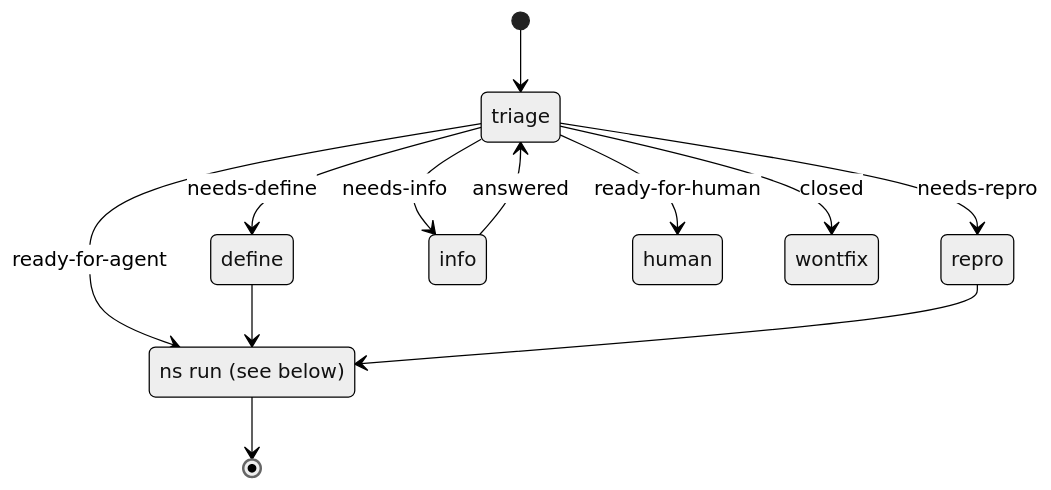
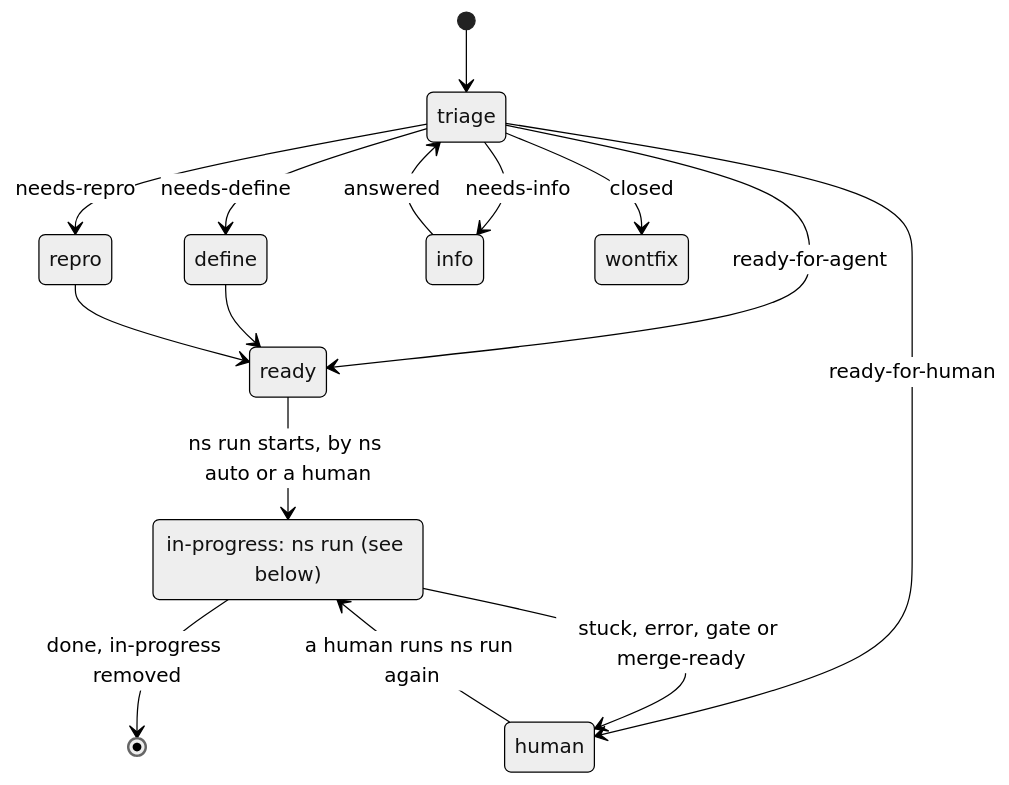
Before and after one commit to noahdgrant/nightshift: the first of 2 diagrams in new/docs/STATES.md, drawn with Mermaid (neutral theme). The commit also changed other lines of this file and 13 other files, not shown here.

````diff
--- a/new/docs/STATES.md
+++ b/new/docs/STATES.md
@@ -9,15 +12,18 @@
 ```mermaid
 stateDiagram
-    state "ns run (see below)" as run
+    state "in-progress: ns run (see below)" as run
     [*] --> triage
     triage --> define : needs-define
     triage --> repro : needs-repro
     triage --> info : needs-info
     triage --> human : ready-for-human
     triage --> wontfix : closed
-    triage --> run : ready-for-agent
-    define --> run
-    repro --> run
+    triage --> ready : ready-for-agent
+    define --> ready
+    repro --> ready
+    ready --> run : ns run starts, by ns auto or a human
     info --> triage : answered
-    run --> [*]
+    run --> [*] : done, in-progress removed
+    run --> human : stuck, error, gate or merge-ready
+    human --> run : a human runs ns run again
 ```
````
